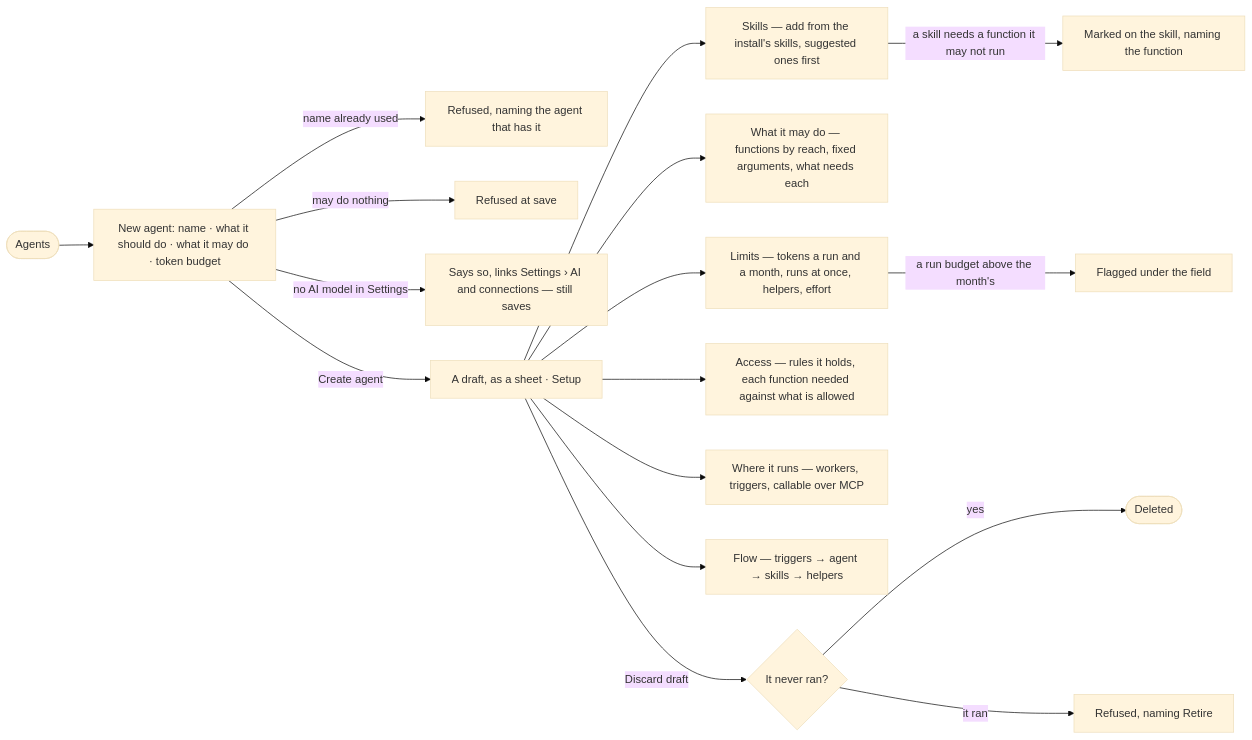
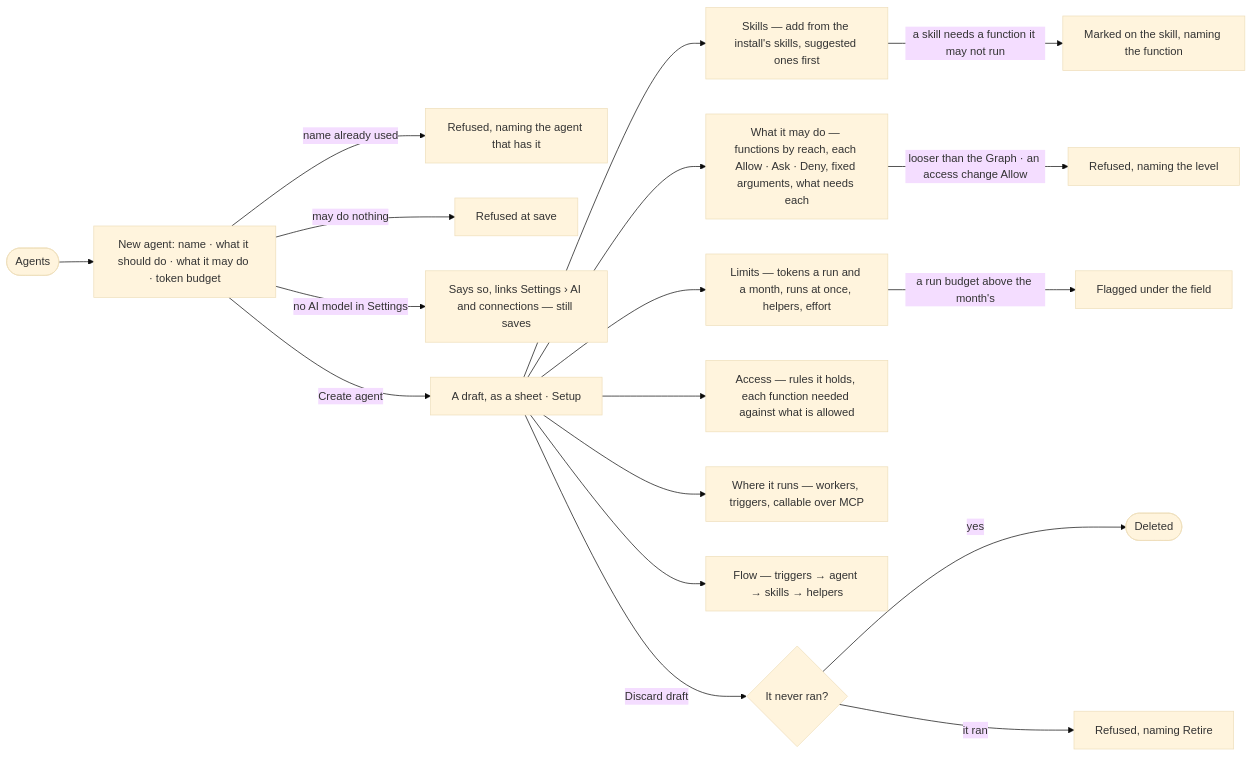
One commit to invana/invana changed the diagram in specs/products/agents/features/AG-F01-build-an-agent/stories/AG-21-draft-an-agent-and-see-what-it-will-do/story.md. Above: the diagram before and after it, drawn with Mermaid (base theme). The commit also changed other lines of this file and 425 other files, not shown here.

````diff
--- a/specs/products/agents/features/AG-F01-build-an-agent/stories/AG-21-draft-an-agent-and-see-what-it-will-do/story.md
+++ b/specs/products/agents/features/AG-F01-build-an-agent/stories/AG-21-draft-an-agent-and-see-what-it-will-do/story.md
@@ -27,19 +27,20 @@
 ```mermaid
 flowchart LR
   a([Agents]) --> n["New agent: name · what it should do · what it may do · token budget"]
   n -->|name already used| x1["Refused, naming the agent that has it"]
   n -->|may do nothing| x2["Refused at save"]
   n -->|no AI model in Settings| x3["Says so, links Settings › AI and connections — still saves"]
   n -->|Create agent| d["A draft, as a sheet · Setup"]
   d --> sk["Skills — add from the install's skills, suggested ones first"]
   sk -->|a skill needs a function it may not run| m["Marked on the skill, naming the function"]
-  d --> wm["What it may do — functions by reach, fixed arguments, what needs each"]
+  d --> wm["What it may do — functions by reach, each Allow · Ask · Deny, fixed arguments, what needs each"]
+  wm -->|looser than the Graph · an access change Allow| wx["Refused, naming the level"]
   d --> lim["Limits — tokens a run and a month, runs at once, helpers, effort"]
   lim -->|a run budget above the month's| lw["Flagged under the field"]
   d --> acc["Access — rules it holds, each function needed against what is allowed"]
   d --> dep["Where it runs — workers, triggers, callable over MCP"]
   d --> fl["Flow — triggers → agent → skills → helpers"]
   d -->|Discard draft| dd{It never ran?}
   dd -->|yes| gone([Deleted])
   dd -->|it ran| ddx["Refused, naming Retire"]
 ```
````
